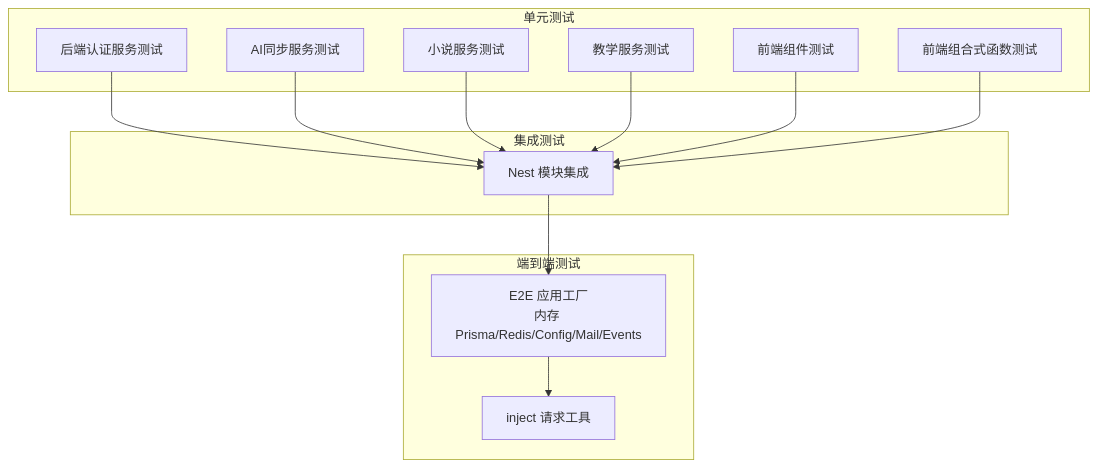
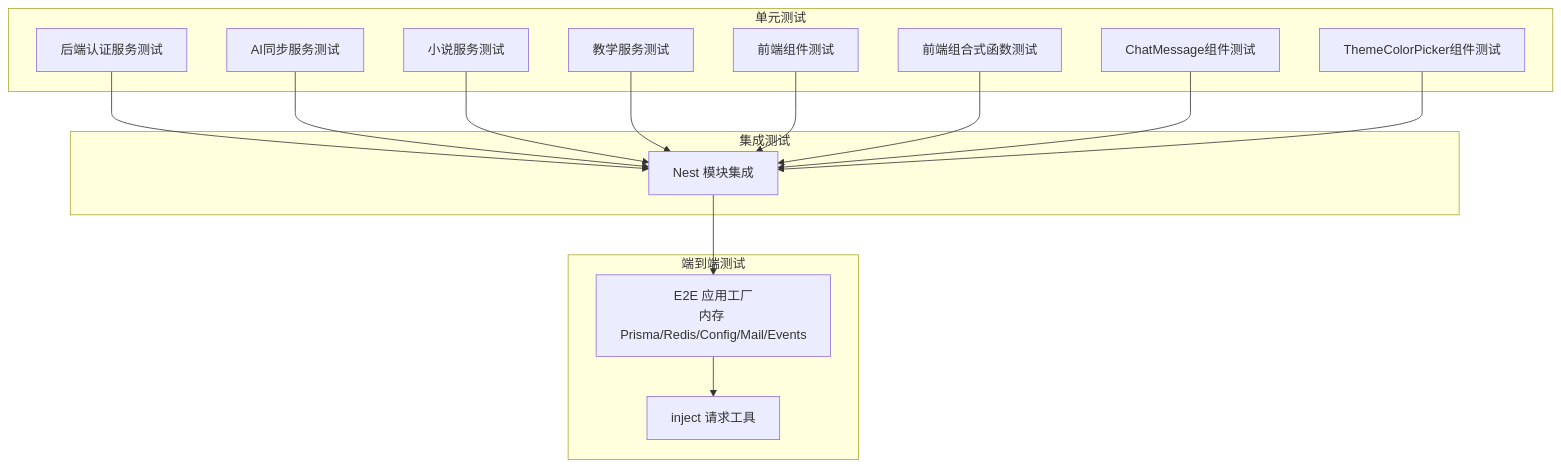
The second of 11 diagrams in .qoder/repowiki/zh/content/开发指南/测试策略与实践.md (xixixiaoyu/Todo), drawn with Mermaid before and after one commit. The commit also changed other lines of this file and 5 other files, not shown here.

````diff
--- a/.qoder/repowiki/zh/content/开发指南/测试策略与实践.md
+++ b/.qoder/repowiki/zh/content/开发指南/测试策略与实践.md
@@ -143,26 +151,30 @@
 ```mermaid
 graph TB
 subgraph "单元测试"
 U_AUTH["后端认证服务测试"]
 U_AI_SYNC["AI同步服务测试"]
 U_NOVEL["小说服务测试"]
 U_TEACHING["教学服务测试"]
 U_FE_COMP["前端组件测试"]
 U_FE_COMPOSABLE["前端组合式函数测试"]
+U_CHAT_MESSAGE["ChatMessage组件测试"]
+U_THEME_PICKER["ThemeColorPicker组件测试"]
 end
 subgraph "集成测试"
 I_NEST["Nest 模块集成"]
 end
 subgraph "端到端测试"
 E_APP["E2E 应用工厂<br/>内存 Prisma/Redis/Config/Mail/Events"]
 E_REQ["inject 请求工具"]
 end
 U_AUTH --> I_NEST
 U_AI_SYNC --> I_NEST
 U_NOVEL --> I_NEST
 U_TEACHING --> I_NEST
 U_FE_COMP --> I_NEST
 U_FE_COMPOSABLE --> I_NEST
+U_CHAT_MESSAGE --> I_NEST
+U_THEME_PICKER --> I_NEST
 I_NEST --> E_APP
 E_APP --> E_REQ
 ```
````
